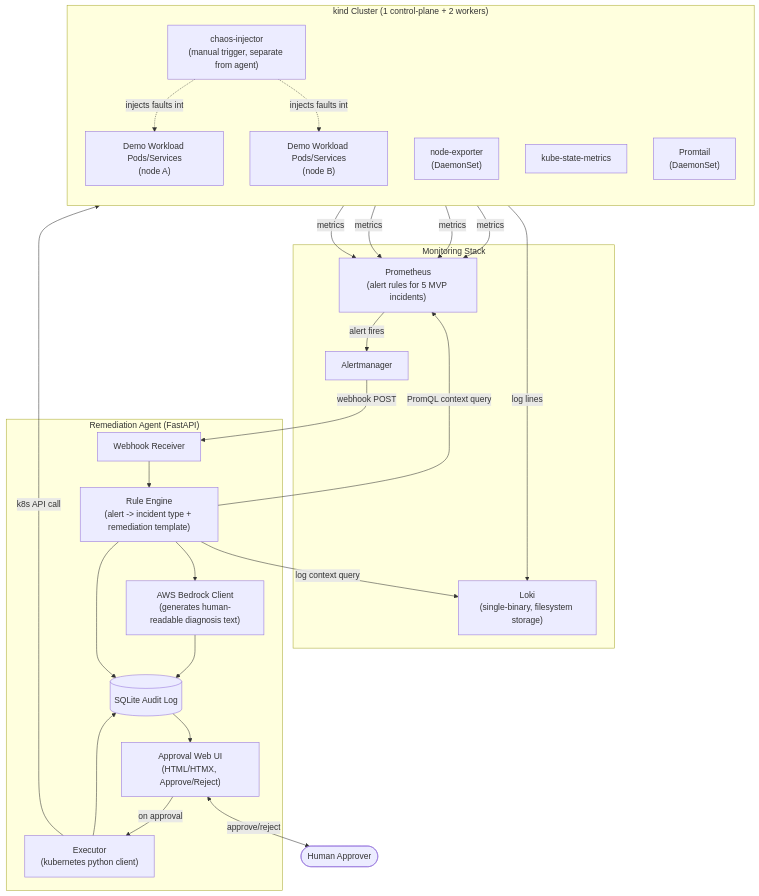
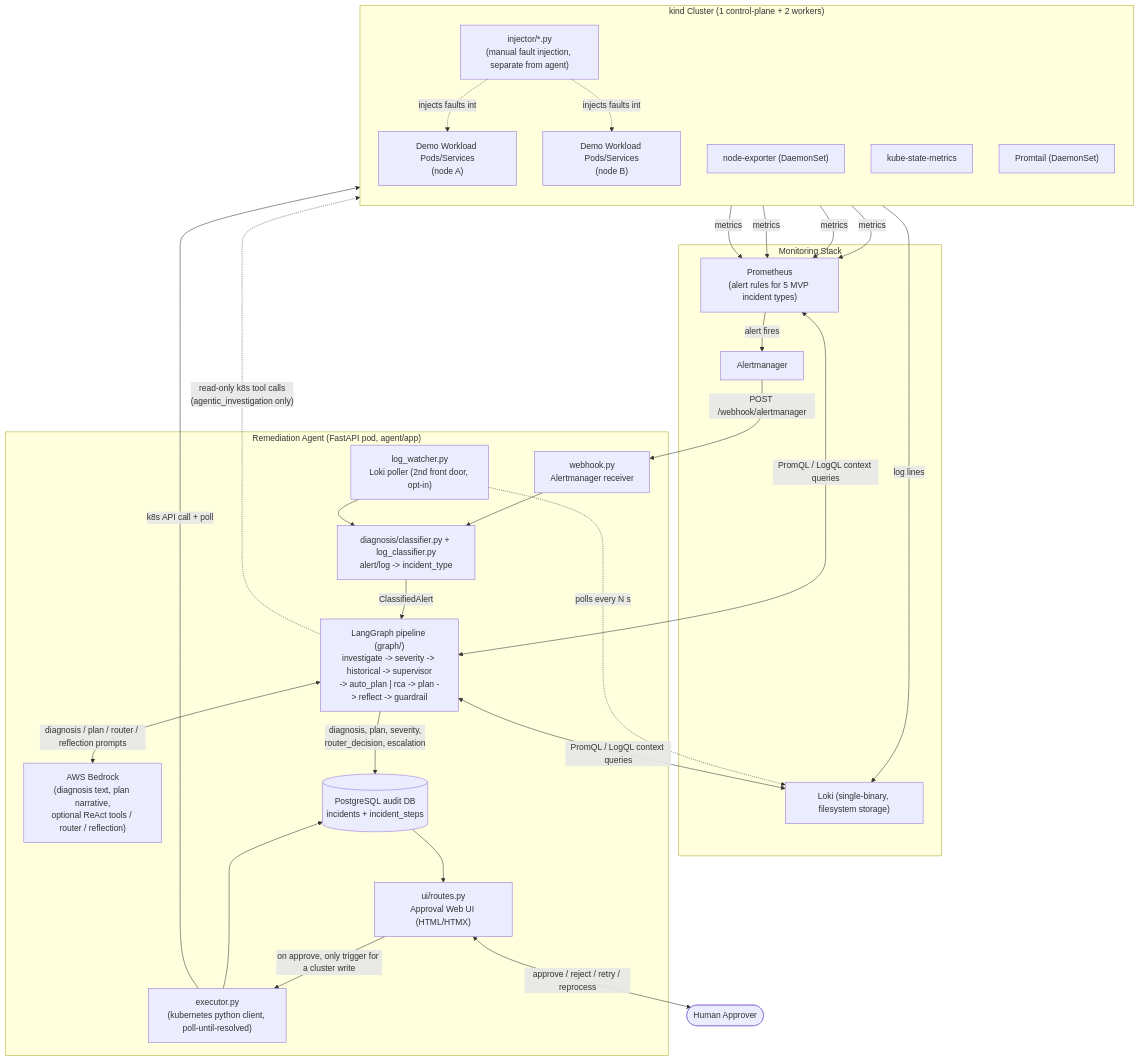
Before and after one commit to pushpesh-pant-ness/capstart: the first of 6 diagrams in project/diagram.md, drawn with Mermaid. The commit also changed other lines of this file, not shown here.

Commit message:
Enhance architecture diagram and documentation for agentic AI system

````diff
--- a/project/diagram.md
+++ b/project/diagram.md
@@ -5,47 +13,52 @@
 ```mermaid
 flowchart TB
     subgraph Cluster["kind Cluster (1 control-plane + 2 workers)"]
         direction TB
         W1["Demo Workload Pods/Services<br/>(node A)"]
         W2["Demo Workload Pods/Services<br/>(node B)"]
-        NE["node-exporter<br/>(DaemonSet)"]
+        NE["node-exporter (DaemonSet)"]
         KSM["kube-state-metrics"]
-        PT["Promtail<br/>(DaemonSet)"]
-        CI["chaos-injector<br/>(manual trigger, separate from agent)"]
+        PT["Promtail (DaemonSet)"]
+        CI["injector/*.py<br/>(manual fault injection, separate from agent)"]
         CI -.injects faults into.-> W1
         CI -.injects faults into.-> W2
     end
 
     subgraph Monitoring["Monitoring Stack"]
-        PROM["Prometheus<br/>(alert rules for 5 MVP incidents)"]
+        PROM["Prometheus<br/>(alert rules for 5 MVP incident types)"]
         AM["Alertmanager"]
-        LOKI["Loki<br/>(single-binary, filesystem storage)"]
+        LOKI["Loki (single-binary, filesystem storage)"]
     end
 
-    subgraph AgentSvc["Remediation Agent (FastAPI)"]
-        WH["Webhook Receiver"]
-        RULE["Rule Engine<br/>(alert -> incident type + remediation template)"]
-        BR["AWS Bedrock Client<br/>(generates human-readable diagnosis text)"]
-        EXEC["Executor<br/>(kubernetes python client)"]
-        AUDIT[("SQLite Audit Log")]
-        UI["Approval Web UI<br/>(HTML/HTMX, Approve/Reject)"]
+    subgraph AgentSvc["Remediation Agent (FastAPI pod, agent/app)"]
+        WH["webhook.py<br/>Alertmanager receiver"]
+        LW["log_watcher.py<br/>Loki poller (2nd front door, opt-in)"]
+        CLS["diagnosis/classifier.py + log_classifier.py<br/>alert/log -> incident_type"]
+        GRAPH["LangGraph pipeline (graph/)<br/>investigate -> severity -> historical -> supervisor<br/>-> auto_plan | rca -> plan -> reflect -> guardrail"]
+        BR["AWS Bedrock<br/>(diagnosis text, plan narrative,<br/>optional ReAct tools / router / reflection)"]
+        EXEC["executor.py<br/>(kubernetes python client, poll-until-resolved)"]
+        AUDIT[("PostgreSQL audit DB<br/>incidents + incident_steps")]
+        UI["ui/routes.py<br/>Approval Web UI (HTML/HTMX)"]
     end
 
     Human(["Human Approver"])
 
     W1 & W2 & NE & KSM -->|metrics| PROM
     PT -->|log lines| LOKI
     PROM -->|alert fires| AM
-    AM -->|webhook POST| WH
-    WH --> RULE
-    RULE -->|PromQL context query| PROM
-    RULE -->|log context query| LOKI
-    RULE --> BR
-    BR --> AUDIT
-    RULE --> AUDIT
+    AM -->|"POST /webhook/alertmanager"| WH
+    LW -.polls every N s.-> LOKI
+    WH --> CLS
+    LW --> CLS
+    CLS -->|ClassifiedAlert| GRAPH
+    GRAPH <-->|PromQL / LogQL context queries| PROM
+    GRAPH <-->|PromQL / LogQL context queries| LOKI
+    GRAPH <-->|diagnosis / plan / router / reflection prompts| BR
+    GRAPH -.read-only k8s tool calls\n(agentic_investigation only).-> Cluster
+    GRAPH -->|diagnosis, plan, severity,<br/>router_decision, escalation| AUDIT
     AUDIT --> UI
-    UI <-->|approve/reject| Human
-    UI -->|on approval| EXEC
-    EXEC -->|k8s API call| Cluster
+    UI <-->|approve / reject / retry / reprocess| Human
+    UI -->|on approve, only trigger for a cluster write| EXEC
+    EXEC -->|k8s API call + poll| Cluster
     EXEC --> AUDIT
 ```
````
